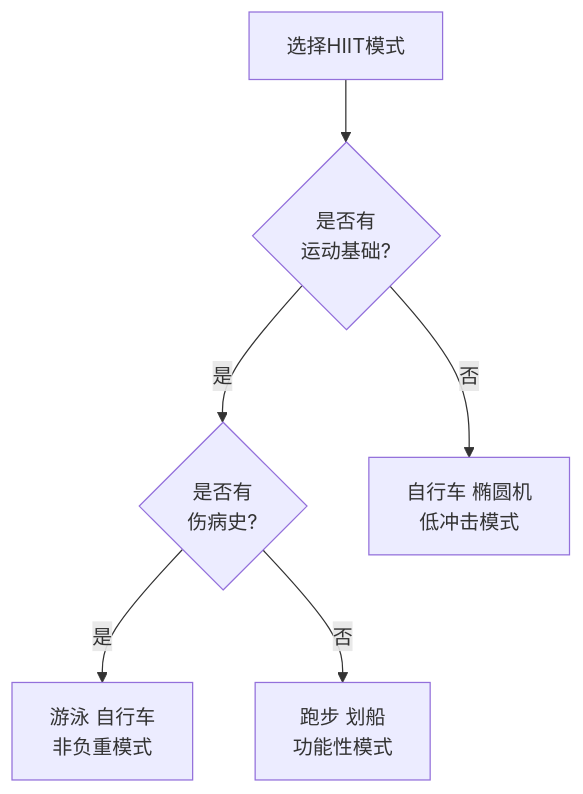
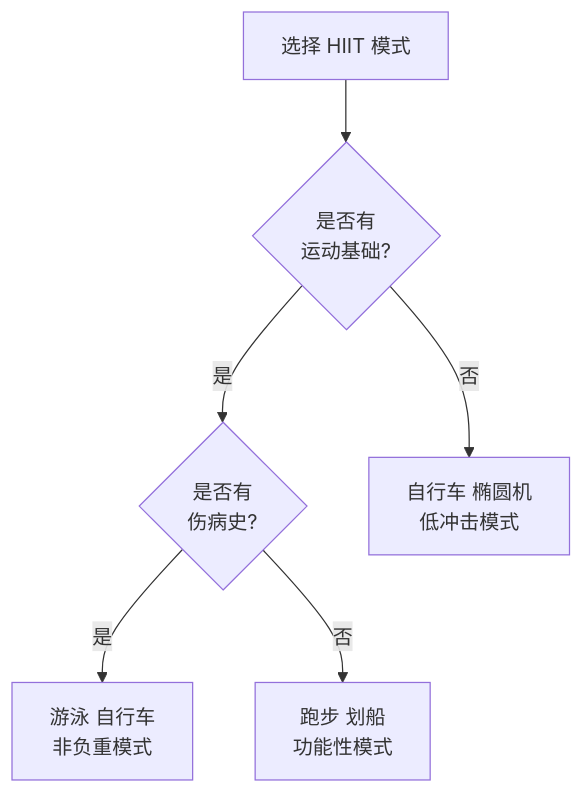
Before and after one commit to Tianshang301/TianshangKnowledgeBase: the second of 2 diagrams in 12_SportsScience/SportsTraining/HIIT.md, drawn with Mermaid. The commit also changed other lines of this file and 2257 other files, not shown here.

````diff
--- a/12_SportsScience/SportsTraining/HIIT.md
+++ b/12_SportsScience/SportsTraining/HIIT.md
@@ -161,8 +163,8 @@
 ```mermaid
 graph TD
-    A[选择HIIT模式] --> B{是否有<br/>运动基础?}
+    A[选择 HIIT 模式] --> B{是否有<br/>运动基础?}
     B -->|是| C{是否有<br/>伤病史?}
     B -->|否| D[自行车 椭圆机<br/>低冲击模式]
     C -->|是| E[游泳 自行车<br/>非负重模式]
     C -->|否| F[跑步 划船<br/>功能性模式]
 ```
````
